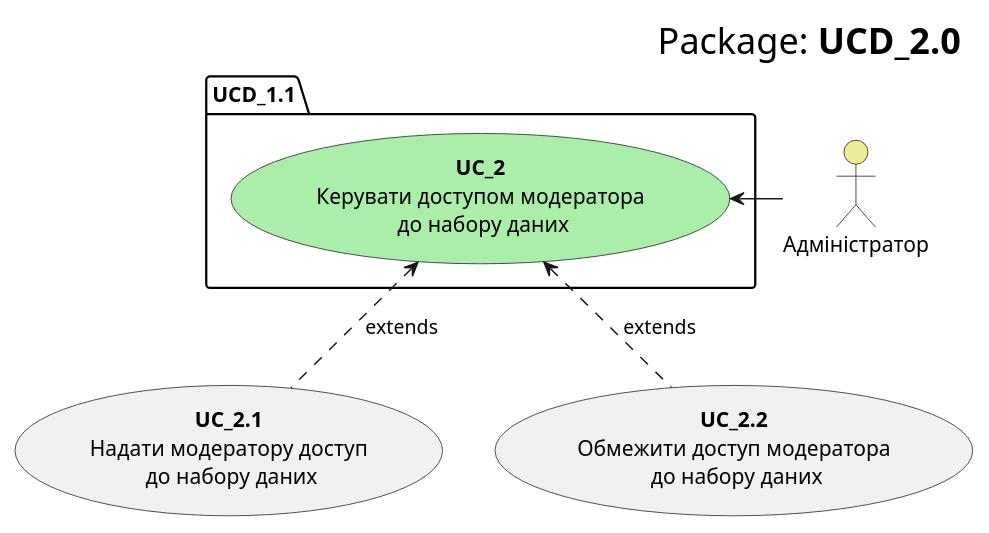
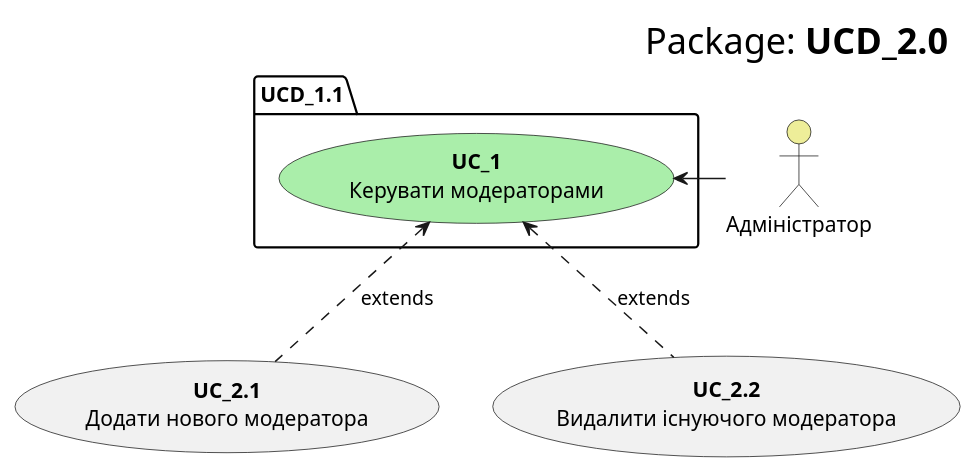
Before and after one commit to KarmazinN/db_open_data: the diagram in src/uml/usecase20.puml, drawn with PlantUML.

```diff
--- a/src/uml/usecase20.puml
+++ b/src/uml/usecase20.puml
@@ -1,19 +1,19 @@
 @startuml
     right header
         <font size=24 color=black>Package:<b> UCD_2.0
     end header
 
     package UCD_1.1 {
-        usecase "<b>UC_2</b>\nКерувати доступом модератора\n до набору даних" as UC_1 #aaeeaa
+        usecase "<b>UC_1</b>\nКерувати модераторами" as UC_1 #aaeeaa
     }
     
     actor "Адміністратор" as Admin #eeee99
     Admin -l-> UC_1
     
-    usecase "<b>UC_2.1</b>\nНадати модератору доступ\n до набору даних" as UC_2.1
-    usecase "<b>UC_2.2</b>\nОбмежити доступ модератора\n до набору даних" as UC_2.2
+    usecase "<b>UC_2.1</b>\nДодати нового модератора" as UC_1.1
+    usecase "<b>UC_2.2</b>\nВидалити існуючого модератора" as UC_1.2
     
-    UC_2.1 .u.> UC_1: extends
-    UC_2.2 .u.> UC_1: extends
+    UC_1.1 .u.> UC_1: extends
+    UC_1.2 .u.> UC_1: extends
     
 @enduml
```
